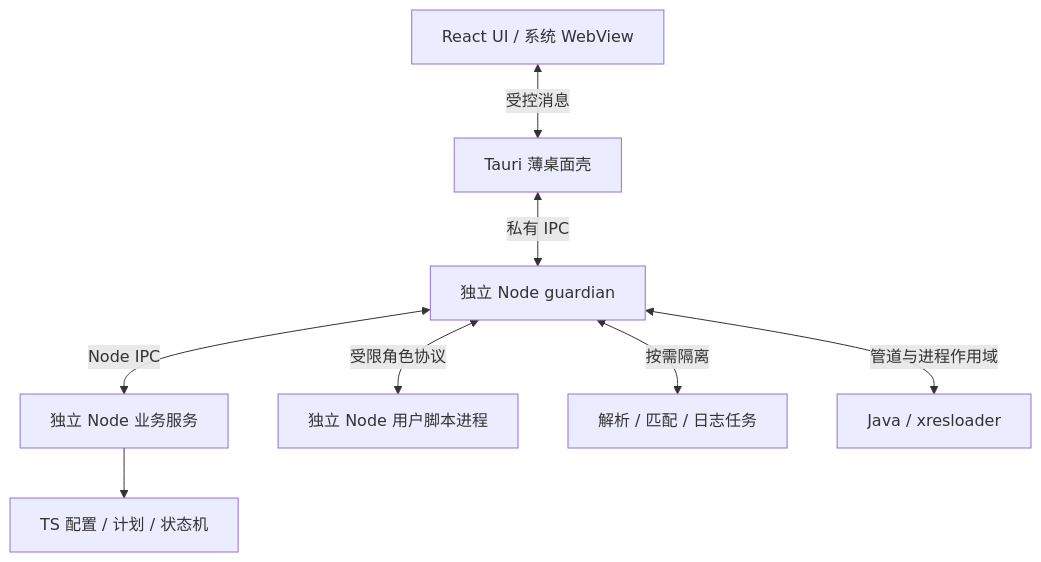
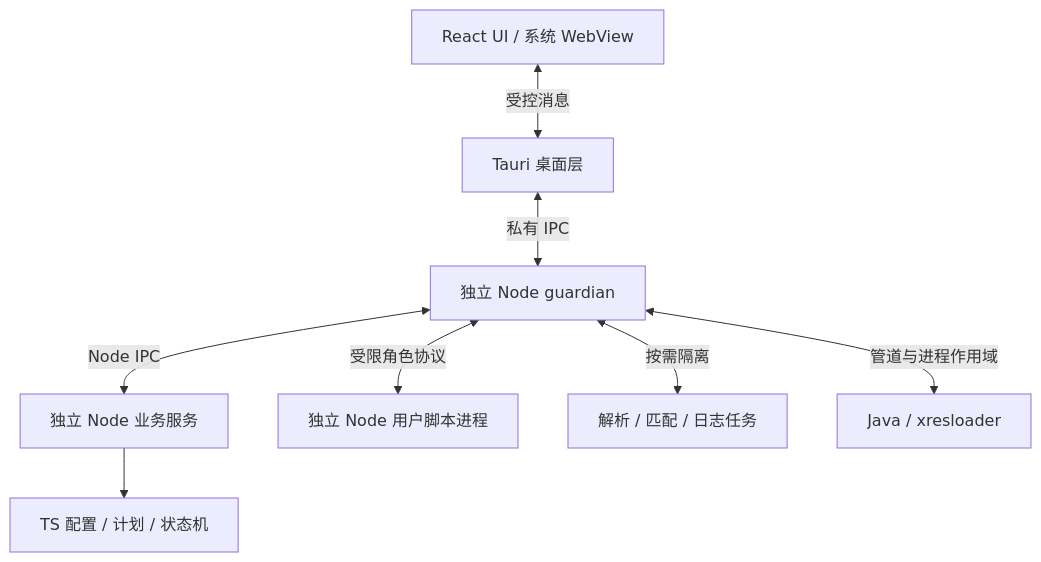
One commit to owent/xresconv-gui changed the diagram in Plan.md. Above: the diagram before and after it, drawn with Mermaid. The commit also changed other lines of this file and 24 other files, not shown here.

````diff
--- a/Plan.md
+++ b/Plan.md
@@ -130,10 +127,10 @@
 ```mermaid
 flowchart TD
-    UI[React UI / 系统 WebView] <-->|受控消息| Host[Tauri 薄桌面壳]
+    UI[React UI / 系统 WebView] <-->|受控消息| Host[Tauri 桌面层]
     Host <-->|私有 IPC| Guard[独立 Node guardian]
     Guard <-->|Node IPC| Backend[独立 Node 业务服务]
     Backend --> Domain[TS 配置 / 计划 / 状态机]
     Guard <-->|受限角色协议| Script[独立 Node 用户脚本进程]
     Guard <-->|按需隔离| Helpers[解析 / 匹配 / 日志任务]
     Guard <-->|管道与进程作用域| Java[Java / xresloader]
 ```
````
